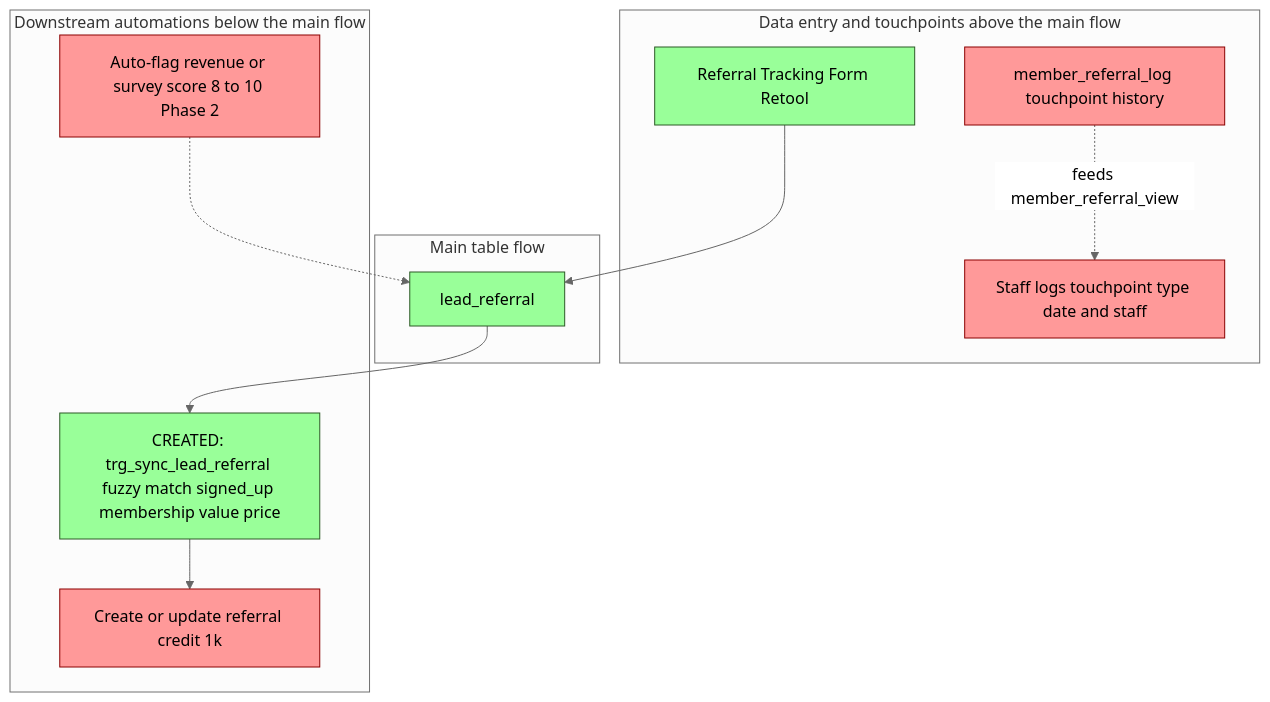
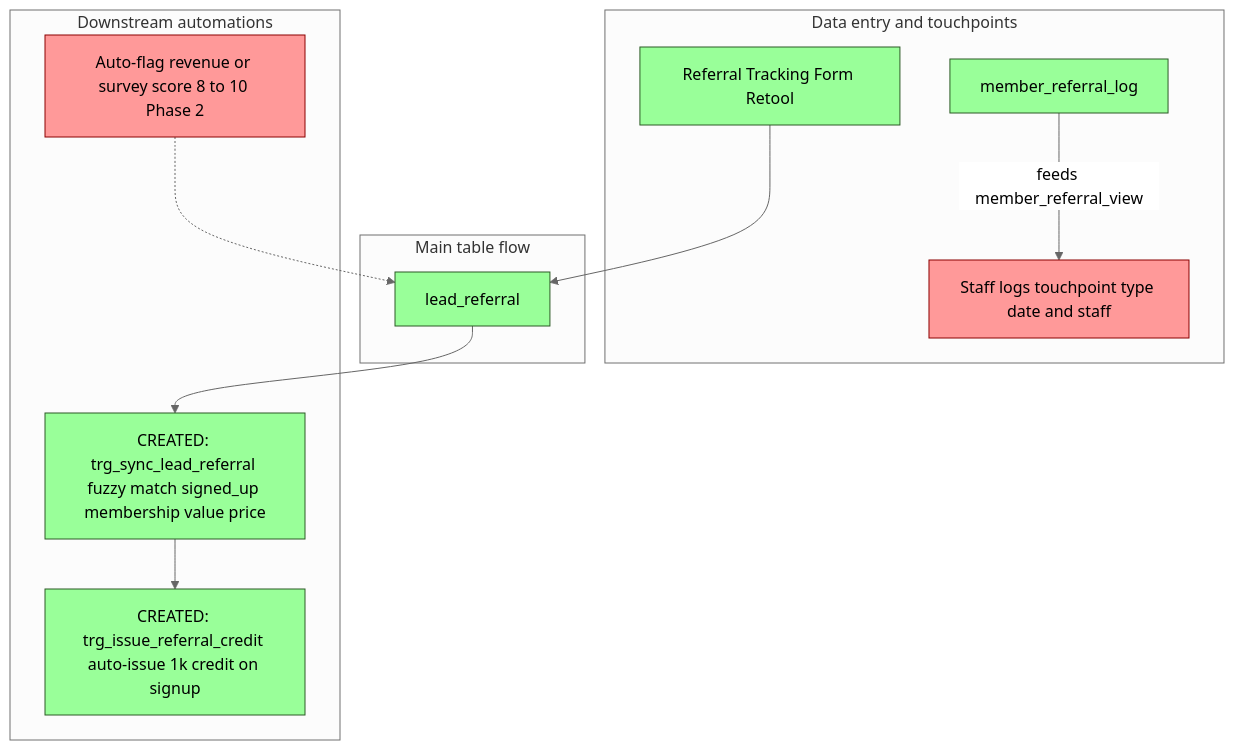
One commit to towshau/referral_tracking changed the second of 2 diagrams in dataflow-and-progress.md. Above: the diagram before and after it, drawn with Mermaid (neutral theme). The commit also changed other lines of this file and 1 other file, not shown here.

First line of the commit message:
Add reward management system: member_referral_credits, member_referral_log, enum, trigger, view

````diff
--- a/dataflow-and-progress.md
+++ b/dataflow-and-progress.md
@@ -86,32 +87,32 @@
 ```mermaid
 flowchart TB
-  subgraph above ["Data entry and touchpoints above the main flow"]
+  subgraph above ["Data entry and touchpoints"]
     F1["Referral Tracking Form Retool"]
-    F2["member_referral_log touchpoint history"]
+    F2["member_referral_log"]
     F3["Staff logs touchpoint type date and staff"]
   end
 
   subgraph main ["Main table flow"]
     T1["lead_referral"]
   end
 
-  subgraph below ["Downstream automations below the main flow"]
+  subgraph below ["Downstream automations"]
     A1["CREATED: trg_sync_lead_referral fuzzy match signed_up membership value price"]
-    A2["Create or update referral credit 1k"]
+    A2["CREATED: trg_issue_referral_credit auto-issue 1k credit on signup"]
     A4["Auto-flag revenue or survey score 8 to 10 Phase 2"]
   end
 
   F1 --> T1
-  F2 -.->|feeds member_referral_view| F3
+  F2 -->|feeds member_referral_view| F3
   T1 --> A1
   A1 --> A2
   A4 -.-> T1
 
   style T1 fill:#9f9,stroke:#2d5a27
   style F1 fill:#9f9,stroke:#2d5a27
+  style F2 fill:#9f9,stroke:#2d5a27
   style A1 fill:#9f9,stroke:#2d5a27
-  style F2 fill:#f99,stroke:#8b0000
+  style A2 fill:#9f9,stroke:#2d5a27
   style F3 fill:#f99,stroke:#8b0000
-  style A2 fill:#f99,stroke:#8b0000
   style A4 fill:#f99,stroke:#8b0000
 ```
````
